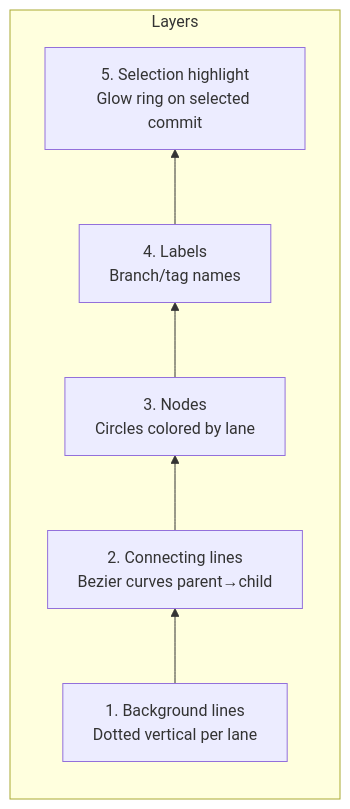
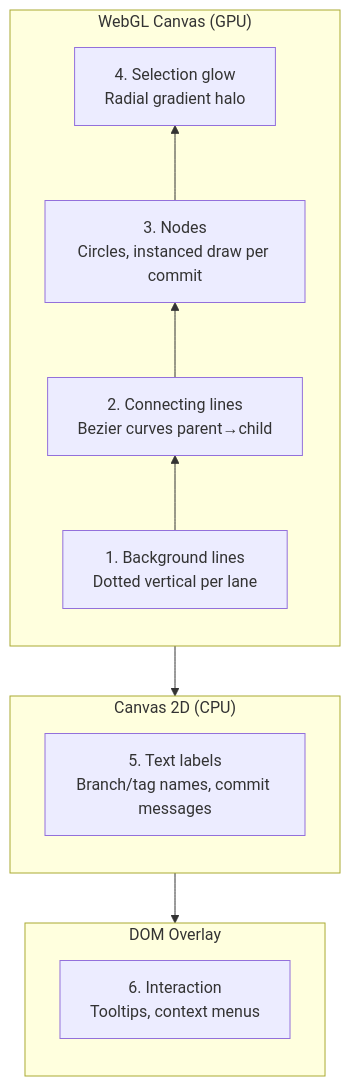
Before and after one commit to kechengzhang28/GitBanshee: the diagram in docs/graph-layout.md, drawn with Mermaid. The commit also changed other lines of this file and 4 other files, not shown here.

First line of the commit message:
docs: update docs for hybrid WebGL + Canvas 2D renderer

````diff
--- a/docs/graph-layout.md
+++ b/docs/graph-layout.md
@@ -37,10 +37,18 @@
 ```mermaid
 flowchart TD
-    subgraph Layers
+    subgraph WebGL["WebGL Canvas (GPU)"]
         direction BT
-        L1["1. Background lines<br/>Dotted vertical per lane"] --> L2["2. Connecting lines<br/>Bezier curves parent→child"]
-        L2 --> L3["3. Nodes<br/>Circles colored by lane"]
-        L3 --> L4["4. Labels<br/>Branch/tag names"]
-        L4 --> L5["5. Selection highlight<br/>Glow ring on selected commit"]
+        W1["1. Background lines<br/>Dotted vertical per lane"] --> W2["2. Connecting lines<br/>Bezier curves parent→child"]
+        W2 --> W3["3. Nodes<br/>Circles, instanced draw per commit"]
+        W3 --> W4["4. Selection glow<br/>Radial gradient halo"]
     end
+    subgraph Canvas2D["Canvas 2D (CPU)"]
+        direction BT
+        C1["5. Text labels<br/>Branch/tag names, commit messages"]
+    end
+    subgraph DOM["DOM Overlay"]
+        direction BT
+        D1["6. Interaction<br/>Tooltips, context menus"]
+    end
+    WebGL --> Canvas2D --> DOM
 ```
````
